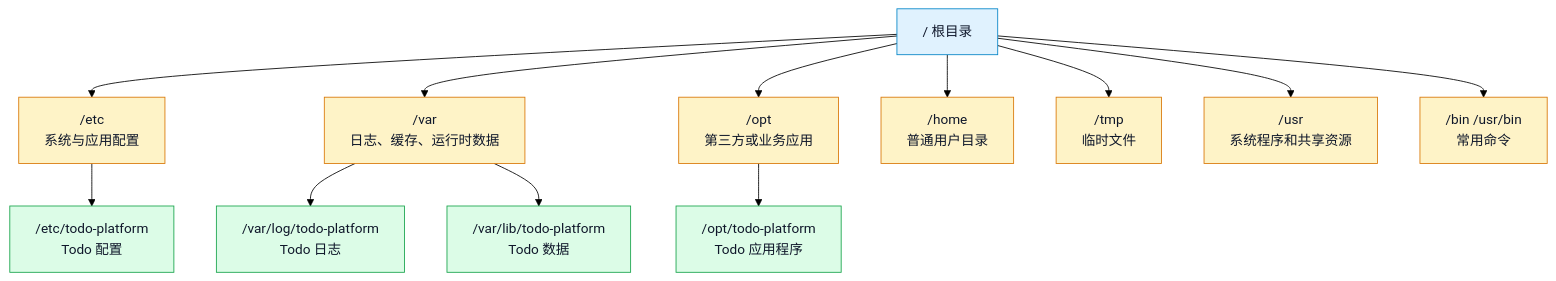
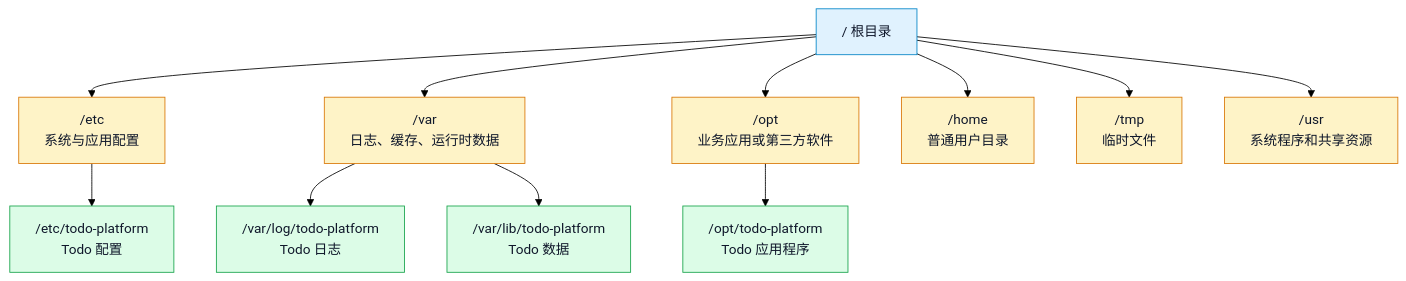
One commit to yleoer/cloud-native-todo-platform-docs changed the first of 5 diagrams in docs/chapters/stage-01-foundation/02-linux-filesystem.md. Above: the diagram before and after it, drawn with Mermaid (forest theme). The commit also changed other lines of this file and 3 other files, not shown here.

````diff
--- a/docs/chapters/stage-01-foundation/02-linux-filesystem.md
+++ b/docs/chapters/stage-01-foundation/02-linux-filesystem.md
@@ -114,23 +103,22 @@
 ```mermaid
 flowchart TB
     Root["/ 根目录"]
     Root --> Etc["/etc<br/>系统与应用配置"]
     Root --> Var["/var<br/>日志、缓存、运行时数据"]
-    Root --> Opt["/opt<br/>第三方或业务应用"]
+    Root --> Opt["/opt<br/>业务应用或第三方软件"]
     Root --> Home["/home<br/>普通用户目录"]
     Root --> Tmp["/tmp<br/>临时文件"]
     Root --> Usr["/usr<br/>系统程序和共享资源"]
-    Root --> Bin["/bin /usr/bin<br/>常用命令"]
 
     Opt --> App["/opt/todo-platform<br/>Todo 应用程序"]
     Etc --> Config["/etc/todo-platform<br/>Todo 配置"]
     Var --> Logs["/var/log/todo-platform<br/>Todo 日志"]
     Var --> Data["/var/lib/todo-platform<br/>Todo 数据"]
 
     classDef root fill:#e0f2fe,stroke:#0284c7,color:#0f172a
     classDef system fill:#fef3c7,stroke:#d97706,color:#0f172a
     classDef app fill:#dcfce7,stroke:#16a34a,color:#0f172a
     class Root root
-    class Etc,Var,Opt,Home,Tmp,Usr,Bin system
+    class Etc,Var,Opt,Home,Tmp,Usr system
     class App,Config,Logs,Data app
 ```
````
